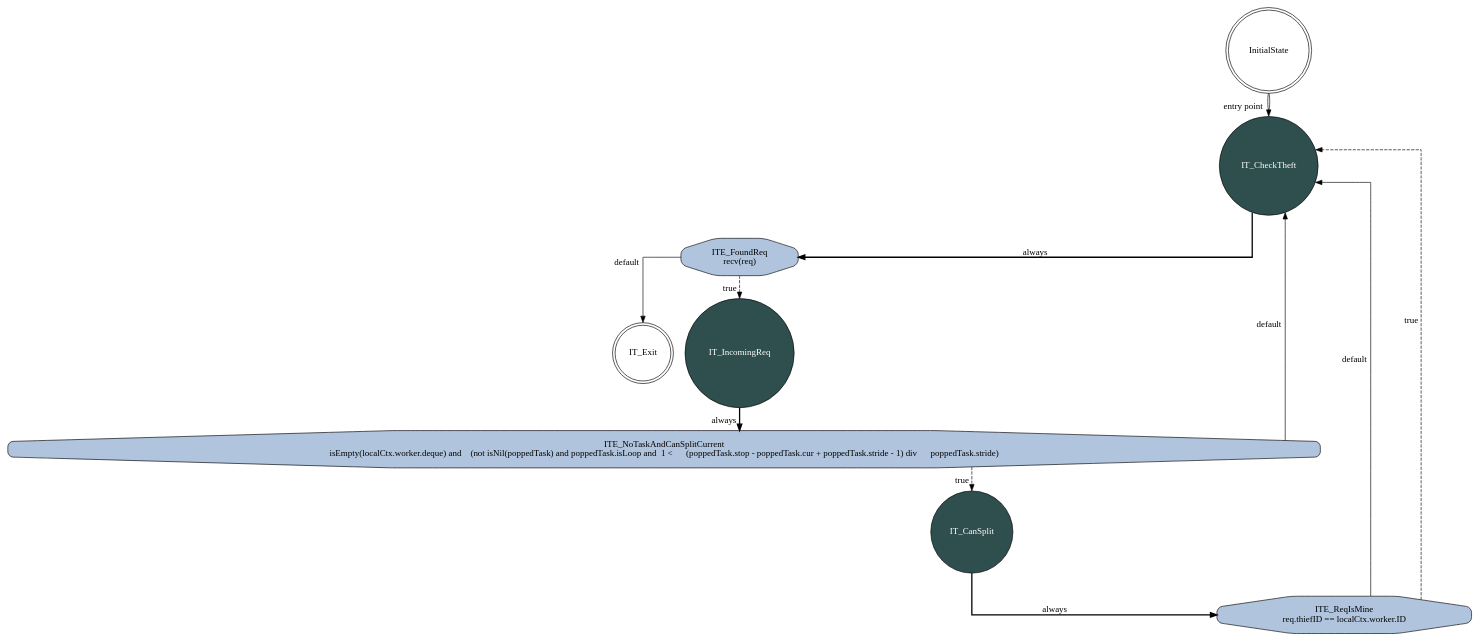
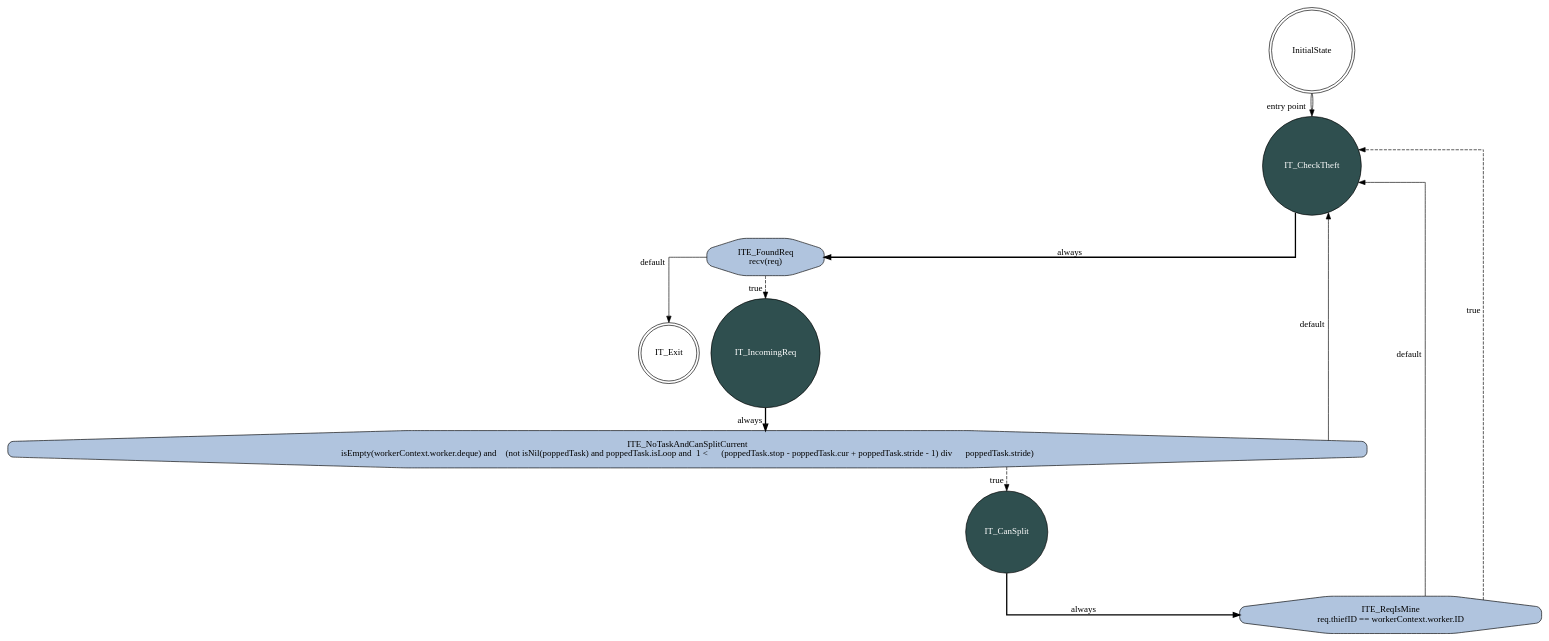
Before and after one commit to mratsim/weave: the diagram in weave/state_machines/handle_thieves.dot, drawn with Graphviz. The commit also changed 17 other files, not shown here.

```diff
--- a/weave/state_machines/handle_thieves.dot
+++ b/weave/state_machines/handle_thieves.dot
@@ -1,19 +1,19 @@
 digraph handleThievesFSA{
     splines=ortho;
     node [shape = doublecircle]; InitialState IT_Exit;
     node [shape = circle, fontcolor=white, fillcolor=darkslategrey, style="filled"]; IT_CanSplit IT_CheckTheft IT_IncomingReq;
     InitialState -> IT_CheckTheft [color="black:invis:black", xlabel="entry point"];
     node [shape = octagon, fontcolor=black, fillcolor=lightsteelblue, style="rounded,filled"]; IT_CanSplit_ITE_ReqIsMine IT_CheckTheft_ITE_FoundReq IT_IncomingReq_ITE_NoTaskAndCanSplitCurrent ;
-    IT_CanSplit_ITE_ReqIsMine [label="ITE_ReqIsMine\nreq.thiefID == localCtx.worker.ID"];
+    IT_CanSplit_ITE_ReqIsMine [label="ITE_ReqIsMine\nreq.thiefID == workerContext.worker.ID"];
     IT_CheckTheft_ITE_FoundReq [label="ITE_FoundReq\nrecv(req)"];
-    IT_IncomingReq_ITE_NoTaskAndCanSplitCurrent [label="ITE_NoTaskAndCanSplitCurrent\nisEmpty(localCtx.worker.deque) and    (not isNil(poppedTask) and poppedTask.isLoop and  1 <      (poppedTask.stop - poppedTask.cur + poppedTask.stride - 1) div      poppedTask.stride)"];
+    IT_IncomingReq_ITE_NoTaskAndCanSplitCurrent [label="ITE_NoTaskAndCanSplitCurrent\nisEmpty(workerContext.worker.deque) and    (not isNil(poppedTask) and poppedTask.isLoop and  1 <      (poppedTask.stop - poppedTask.cur + poppedTask.stride - 1) div      poppedTask.stride)"];
     IT_CanSplit -> IT_CanSplit_ITE_ReqIsMine[style=bold, xlabel="always"];
     IT_CanSplit_ITE_ReqIsMine -> IT_CheckTheft [style=dashed, xlabel="true"];
     IT_CanSplit_ITE_ReqIsMine -> IT_CheckTheft [xlabel="default"];
     IT_CheckTheft -> IT_CheckTheft_ITE_FoundReq[style=bold, xlabel="always"];
     IT_CheckTheft_ITE_FoundReq -> IT_IncomingReq [style=dashed, xlabel="true"];
     IT_CheckTheft_ITE_FoundReq -> IT_Exit [xlabel="default"];
     IT_IncomingReq -> IT_IncomingReq_ITE_NoTaskAndCanSplitCurrent[style=bold, xlabel="always"];
     IT_IncomingReq_ITE_NoTaskAndCanSplitCurrent -> IT_CanSplit [style=dashed, xlabel="true"];
     IT_IncomingReq_ITE_NoTaskAndCanSplitCurrent -> IT_CheckTheft [xlabel="default"];
 }
```
